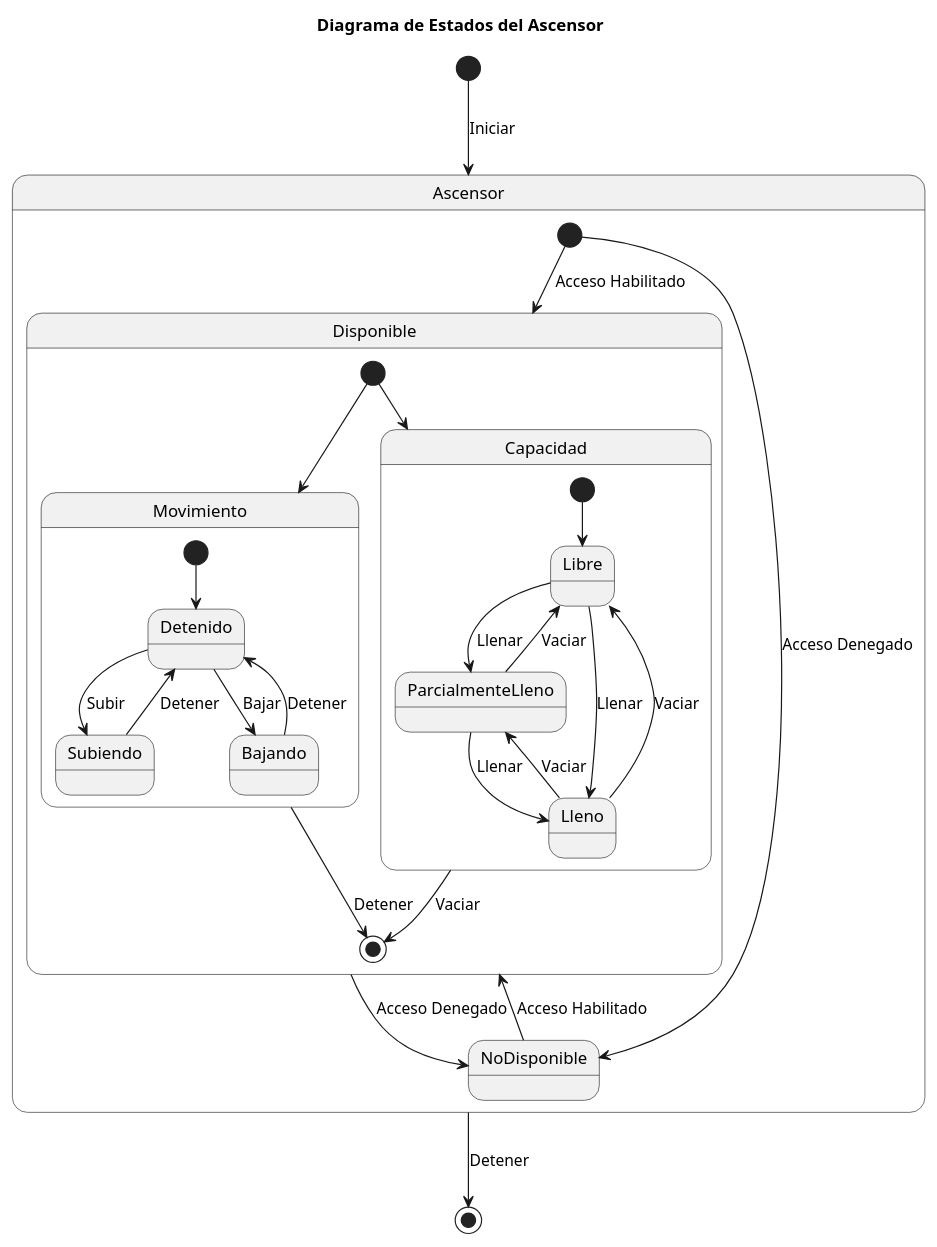
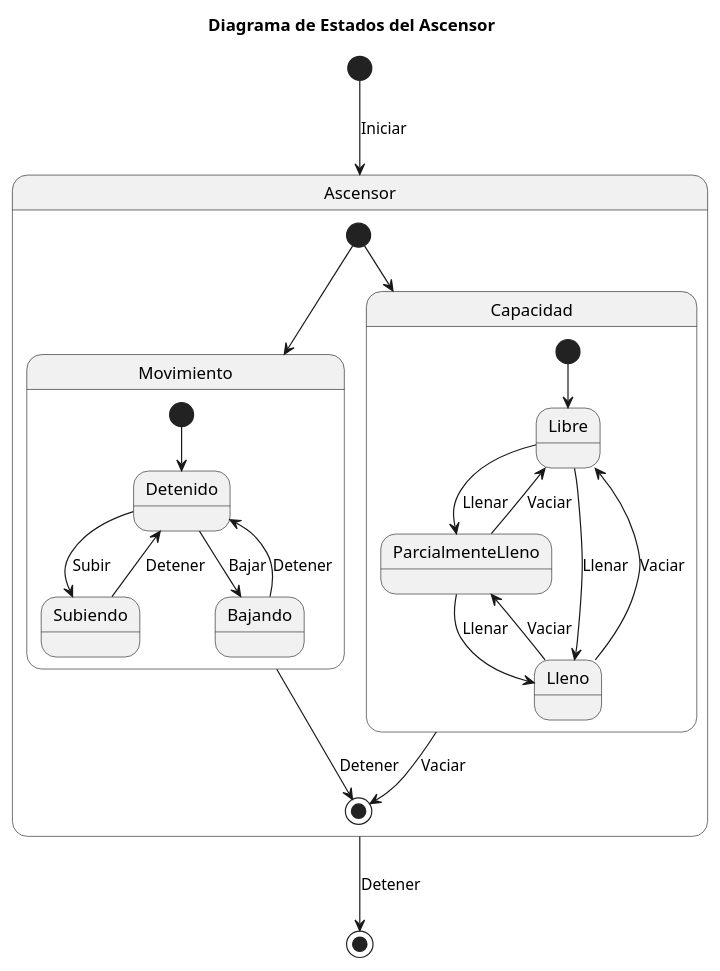
The diagram in docs/Modelo_de_Dominio/Diagramas_de_Estados/Ascensor/Diagrama_de_Estados.puml (mmasias/23-24-IdSw2-SDD), drawn with PlantUML before and after one commit. The commit also changed 2 other files, not shown here.

Commit message:
Refactor and simplify elevator state diagrams

```diff
--- a/docs/Modelo_de_Dominio/Diagramas_de_Estados/Ascensor/Diagrama_de_Estados.puml
+++ b/docs/Modelo_de_Dominio/Diagramas_de_Estados/Ascensor/Diagrama_de_Estados.puml
@@ -1,49 +1,40 @@
 @startuml Diagrama_de_Estados
 
 title Diagrama de Estados del Ascensor
 
 skinparam {
     NoteBackgroundColor #whiteSmoke
 }
 
 hide empty members
 
 [*] --> Ascensor : Iniciar
 Ascensor --> [*] : Detener
 
 state Ascensor {
 
-    [*] --> Disponible : Acceso Habilitado
-    [*] --> NoDisponible : Acceso Denegado
-    Disponible --> NoDisponible : Acceso Denegado
-    NoDisponible --> Disponible : Acceso Habilitado
+    [*] --> Movimiento
+    [*] --> Capacidad
+    Movimiento --> [*] : Detener
+    Capacidad --> [*] : Vaciar
 
-    state Disponible {
-        [*] --> Movimiento
-        [*] --> Capacidad
-        Movimiento --> [*] : Detener
-        Capacidad --> [*] : Vaciar
+    state Movimiento {
+        [*] --> Detenido
+        Detenido --> Subiendo : Subir
+        Detenido --> Bajando : Bajar
+        Subiendo --> Detenido : Detener
+        Bajando --> Detenido : Detener
+    }
 
-        state Movimiento {
-            [*] --> Detenido
-            Detenido --> Subiendo : Subir
-            Detenido --> Bajando : Bajar
-            Subiendo --> Detenido : Detener
-            Bajando --> Detenido : Detener
-        }
-
-        state Capacidad {
-            [*] --> Libre
-            Libre --> ParcialmenteLleno : Llenar
-            Libre --> Lleno : Llenar
-            ParcialmenteLleno --> Lleno : Llenar
-            Lleno --> Libre : Vaciar
-            Lleno --> ParcialmenteLleno : Vaciar
-            ParcialmenteLleno --> Libre : Vaciar
-        }
+    state Capacidad {
+        [*] --> Libre
+        Libre --> ParcialmenteLleno : Llenar
+        Libre --> Lleno : Llenar
+        ParcialmenteLleno --> Lleno : Llenar
+        Lleno --> Libre : Vaciar
+        Lleno --> ParcialmenteLleno : Vaciar
+        ParcialmenteLleno --> Libre : Vaciar
     }
 }
 
-
-
 @enduml
```
